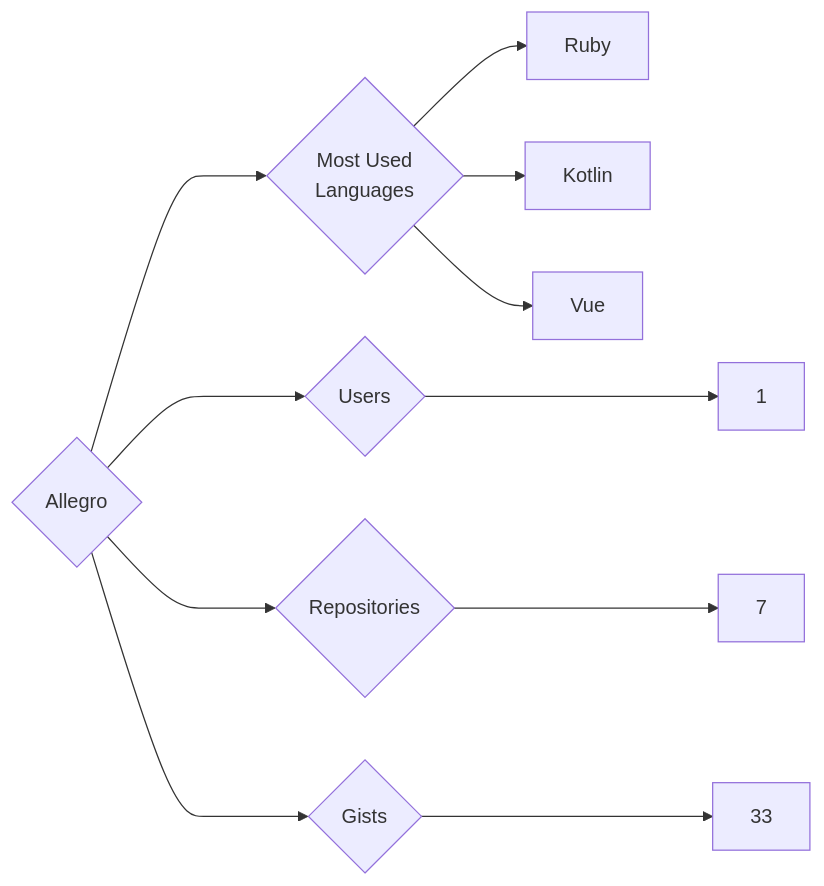
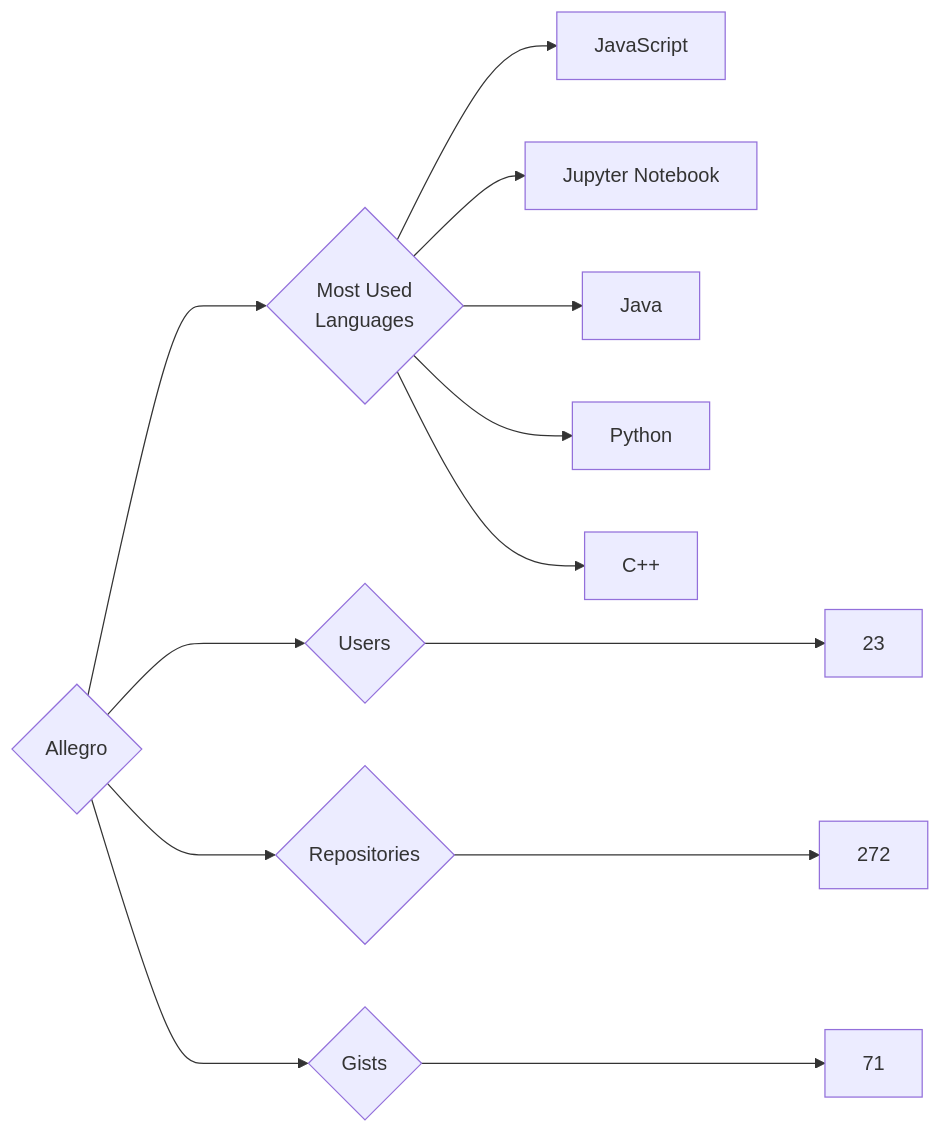
Before and after one commit to trickest/insiders: the diagram in targets/Allegro/README.md, drawn with Mermaid. The commit also changed 935 other files, not shown here.

````diff
--- a/targets/Allegro/README.md
+++ b/targets/Allegro/README.md
@@ -3,11 +3,13 @@
 ```mermaid
 graph LR
 COMPANY_NAME{Allegro}
-COMPANY_NAME ---> U{Users} ---> UN[1]
-COMPANY_NAME ---> R{Repositories} ---> RN[7]
-COMPANY_NAME ---> G{Gists} ---> GN[33]
+COMPANY_NAME ---> U{Users} ---> UN[23]
+COMPANY_NAME ---> R{Repositories} ---> RN[272]
+COMPANY_NAME ---> G{Gists} ---> GN[71]
 COMPANY_NAME ---> ML{Most Used<br>Languages}
-ML --> Ruby[Ruby]
-ML --> Kotlin[Kotlin]
-ML --> Vue[Vue]
+ML --> JavaScript[JavaScript]
+ML --> Jupyter_Notebook[Jupyter Notebook]
+ML --> Java[Java]
+ML --> Python[Python]
+ML --> C++[C++]
 ```
````
